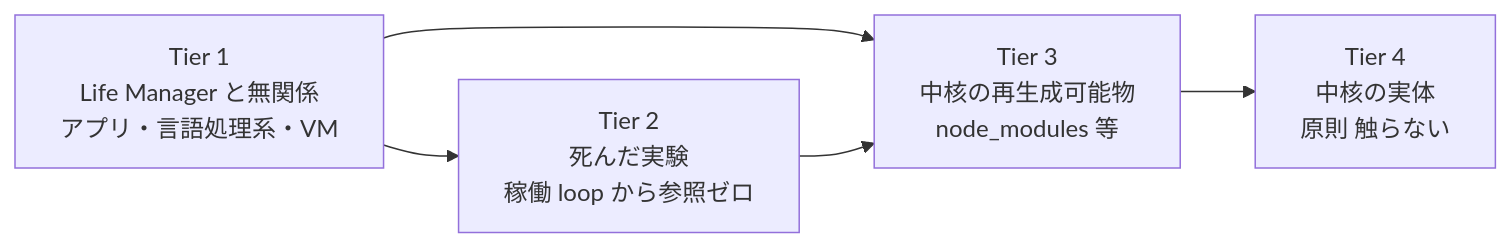
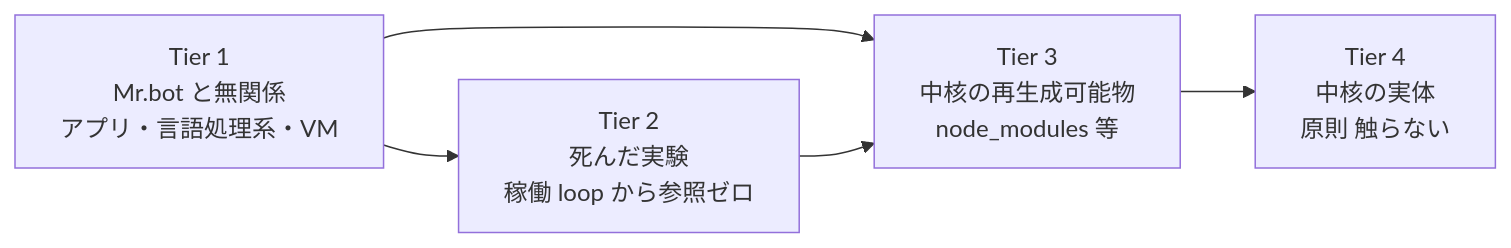
One commit to Daisuke134/anicca changed the diagram in specs/MAC-MINI-INFRA.md. Above: the diagram before and after it, drawn with Mermaid. The commit also changed other lines of this file and 2118 other files, not shown here.

````diff
--- a/specs/MAC-MINI-INFRA.md
+++ b/specs/MAC-MINI-INFRA.md
@@ -324,7 +324,7 @@
 ```mermaid
 flowchart LR
-    A["Tier 1<br/>Life Manager と無関係<br/>アプリ・言語処理系・VM"] --> B["Tier 2<br/>死んだ実験<br/>稼働 loop から参照ゼロ"]
+    A["Tier 1<br/>Mr.bot と無関係<br/>アプリ・言語処理系・VM"] --> B["Tier 2<br/>死んだ実験<br/>稼働 loop から参照ゼロ"]
     A --> C["Tier 3<br/>中核の再生成可能物<br/>node_modules 等"]
     B --> C
     C --> D["Tier 4<br/>中核の実体<br/>原則 触らない"]
 ```
````
